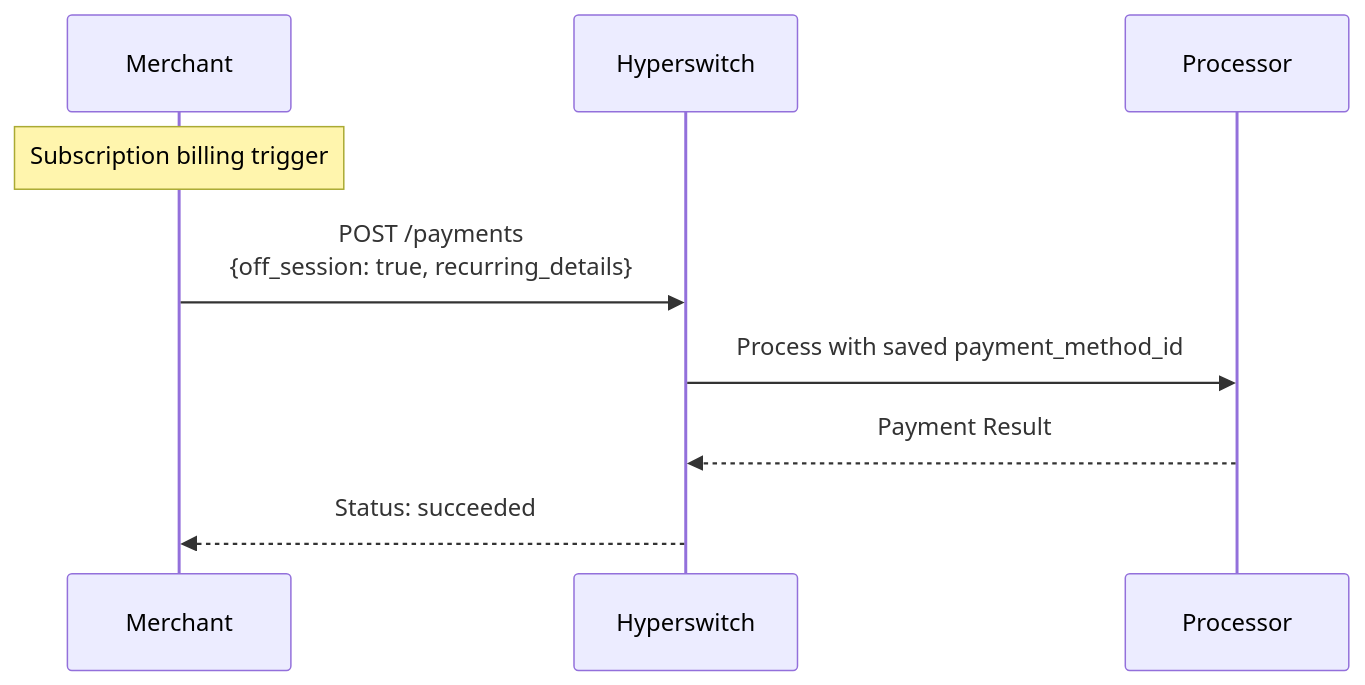
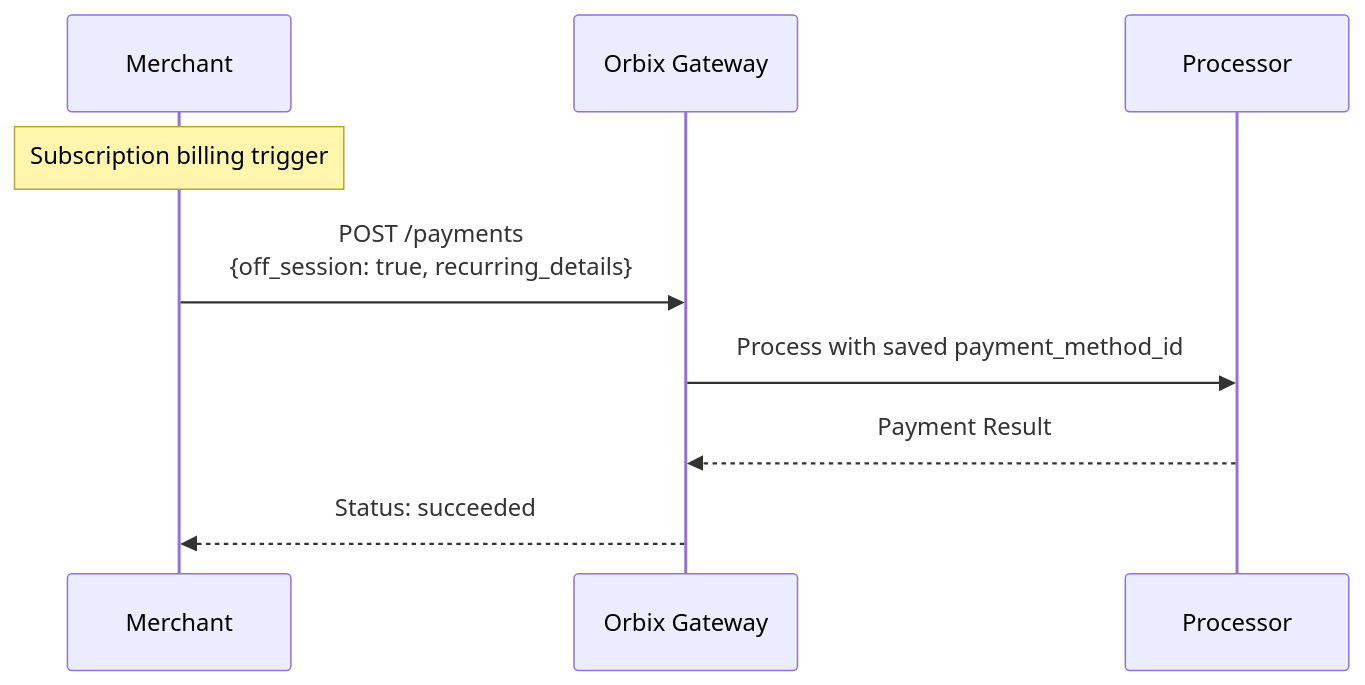
One commit to NoxlyDev/orbix-gateway changed the ninth of 10 diagrams in api-reference/v1/payments/payment--flows.mdx. Above: the diagram before and after it, drawn with Mermaid. The commit also changed other lines of this file and 2073 other files, not shown here.

Commit message:
rename: hyperswitch/juspay -> orbix (content + paths), masking as path dep

````diff
--- a/api-reference/v1/payments/payment--flows.mdx
+++ b/api-reference/v1/payments/payment--flows.mdx
@@ -213,13 +213,13 @@
 ```mermaid
 sequenceDiagram
     participant Merchant
-    participant Hyperswitch
+    participant Orbix Gateway
     participant Processor
     
     Note over Merchant: Subscription billing trigger
     
-    Merchant->>Hyperswitch: POST /payments<br/>{off_session: true, recurring_details}
-    Hyperswitch->>Processor: Process with saved payment_method_id
-    Processor-->>Hyperswitch: Payment Result
-    Hyperswitch-->>Merchant: Status: succeeded
+    Merchant->>Orbix Gateway: POST /payments<br/>{off_session: true, recurring_details}
+    Orbix Gateway->>Processor: Process with saved payment_method_id
+    Processor-->>Orbix Gateway: Payment Result
+    Orbix Gateway-->>Merchant: Status: succeeded
 ```
````
